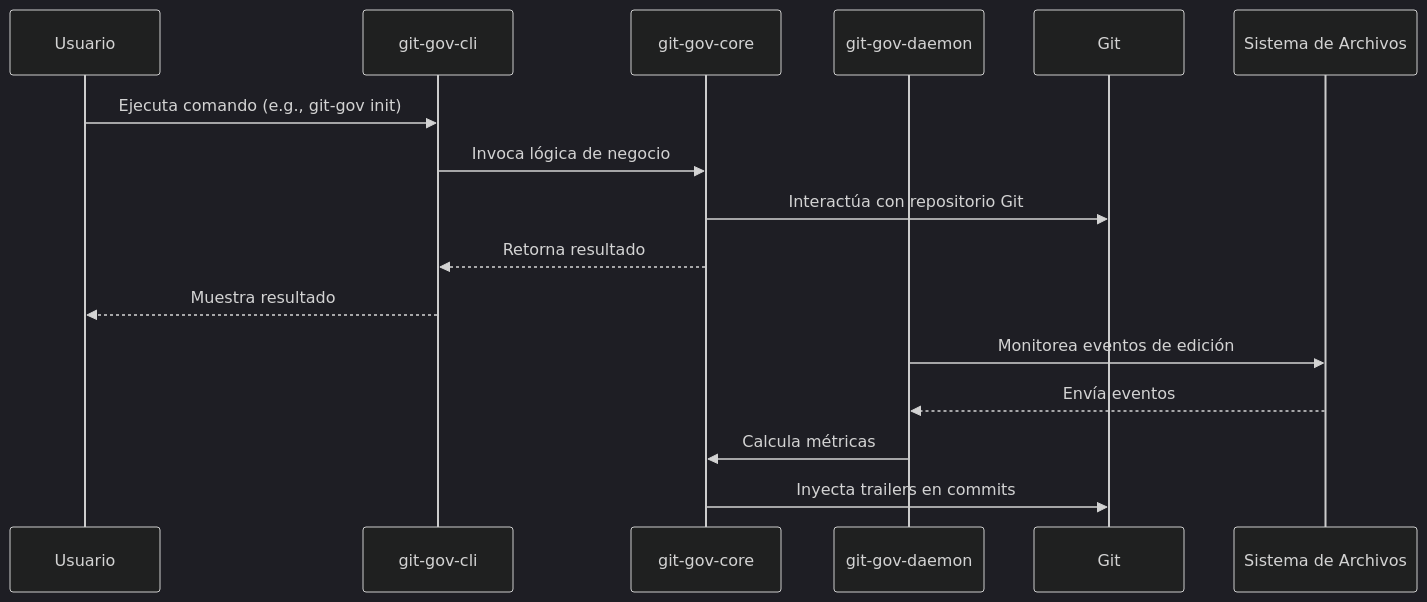
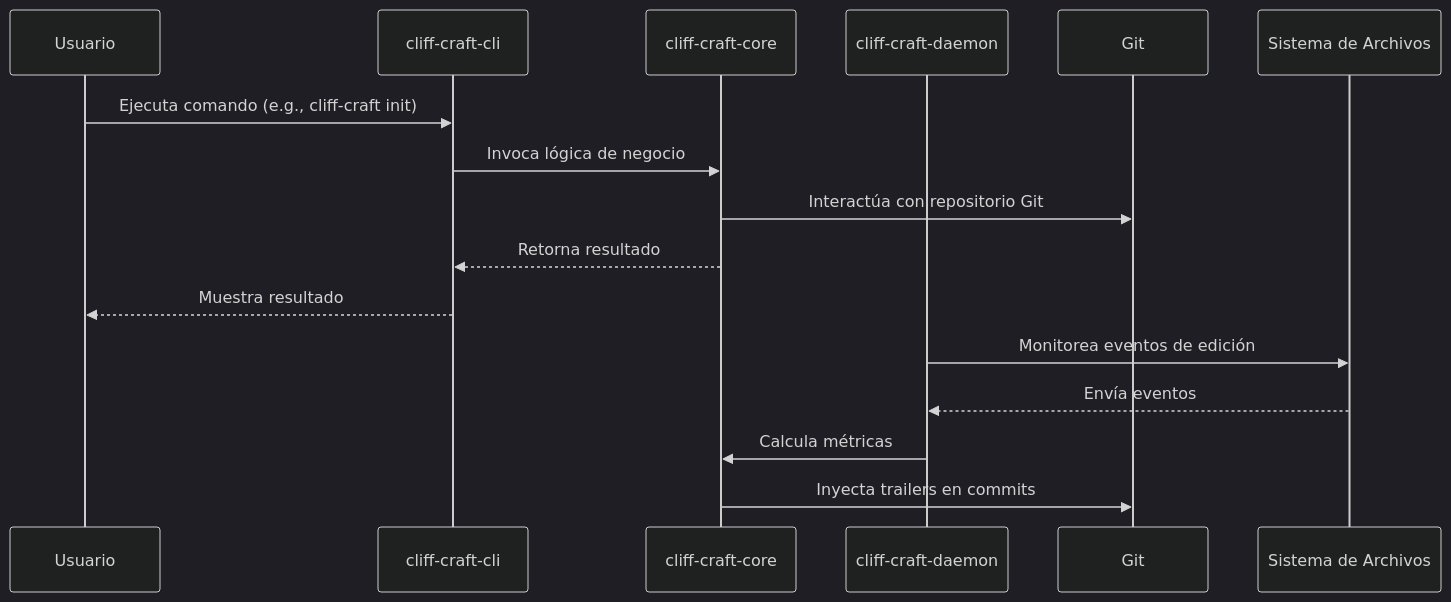
Before and after one commit to iodevs-net/git-gov: the second of 3 diagrams in docs/phase2/arquitectura_sistema.md, drawn with Mermaid (dark theme). The commit also changed other lines of this file and 96 other files, not shown here.

Commit message:
refactor: renacimiento global de la marca a Cliff-Craft 🐈⚒️

````diff
--- a/docs/phase2/arquitectura_sistema.md
+++ b/docs/phase2/arquitectura_sistema.md
@@ -142,20 +142,20 @@
 ```mermaid
 sequenceDiagram
     participant U as Usuario
-    participant C as git-gov-cli
-    participant B as git-gov-core
-    participant D as git-gov-daemon
+    participant C as cliff-craft-cli
+    participant B as cliff-craft-core
+    participant D as cliff-craft-daemon
     participant G as Git
     participant F as Sistema de Archivos
 
-    U->>C: Ejecuta comando (e.g., git-gov init)
+    U->>C: Ejecuta comando (e.g., cliff-craft init)
     C->>B: Invoca lógica de negocio
     B->>G: Interactúa con repositorio Git
     B-->>C: Retorna resultado
     C-->>U: Muestra resultado
 
     D->>F: Monitorea eventos de edición
     F-->>D: Envía eventos
     D->>B: Calcula métricas
     B->>G: Inyecta trailers en commits
 ```
````
